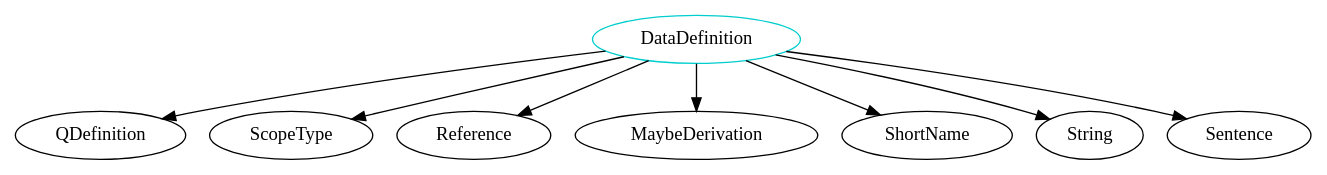
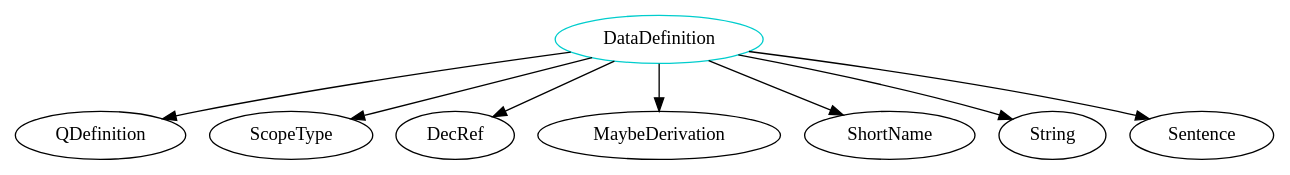
The diagram in analysis/TypeDependencyGraphs/theory/DataDefinition.dot (JacquesCarette/Drasil), drawn with Graphviz before and after one commit. The commit also changed 808 other files, not shown here.

```diff
--- a/analysis/TypeDependencyGraphs/theory/DataDefinition.dot
+++ b/analysis/TypeDependencyGraphs/theory/DataDefinition.dot
@@ -1,10 +1,10 @@
 digraph datadefinition{
 DataDefinition -> QDefinition;
 DataDefinition -> ScopeType;
-DataDefinition -> Reference;
+DataDefinition -> DecRef;
 DataDefinition -> MaybeDerivation;
 DataDefinition -> ShortName;
 DataDefinition -> String;
 DataDefinition -> Sentence;
 DataDefinition	[shape=oval, color=cyan3, label=DataDefinition];
 }
```
